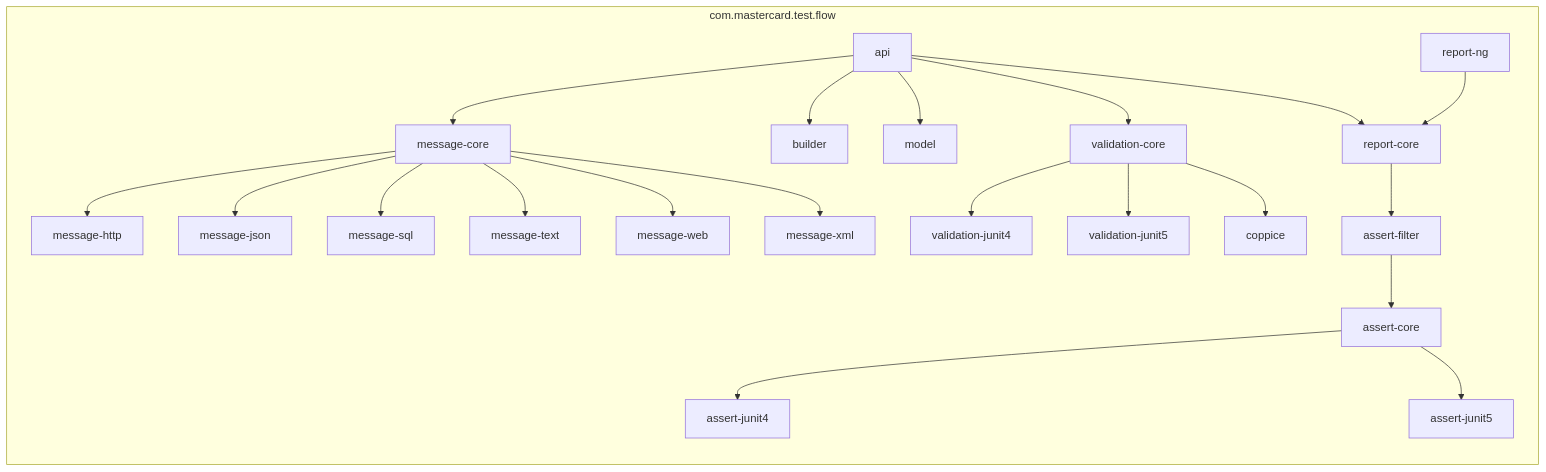
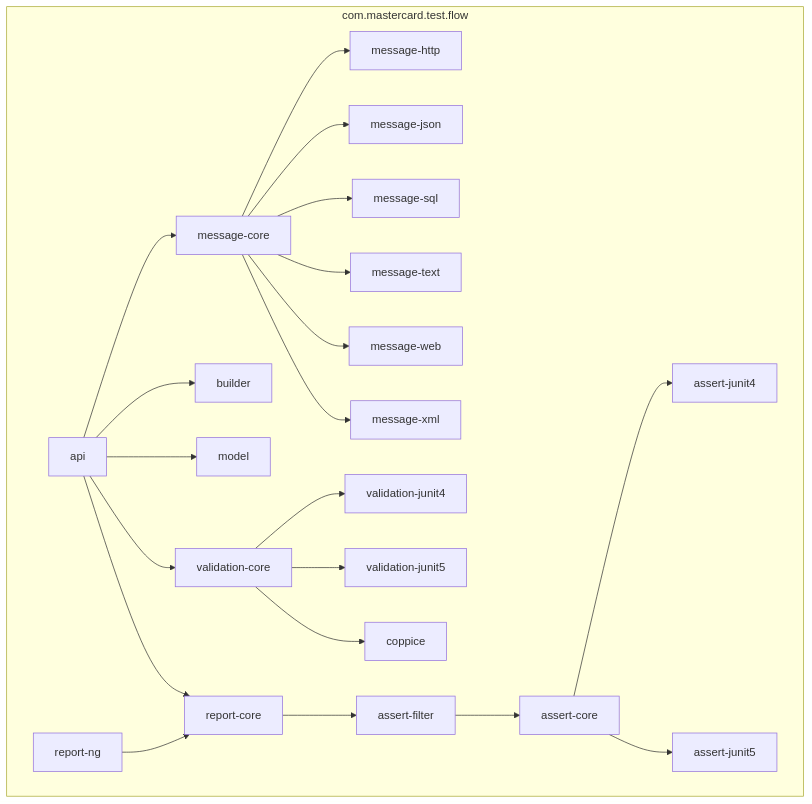
The diagram in README.md (Mastercard/flow), drawn with Mermaid before and after one commit. The commit also changed 1 other file, not shown here.

Commit message:
Fixing mermaid orientation (#212)

````diff
--- a/README.md
+++ b/README.md
@@ -49,24 +49,24 @@
 ```mermaid
-graph LR
+graph TB
   subgraph com.mastercard.test.flow
     api --> message-core
     api --> builder
     api --> model
     api --> validation-core
     api --> report-core
     assert-core --> assert-junit4
     assert-core --> assert-junit5
     assert-filter --> assert-core
     message-core --> message-http
     message-core --> message-json
     message-core --> message-sql
     message-core --> message-text
     message-core --> message-web
     message-core --> message-xml
     report-core --> assert-filter
     report-ng --> report-core
     validation-core --> validation-junit4
     validation-core --> validation-junit5
     validation-core --> coppice
   end
 ```
````
